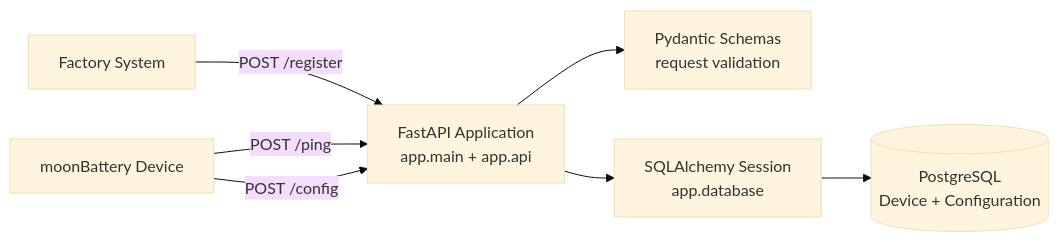
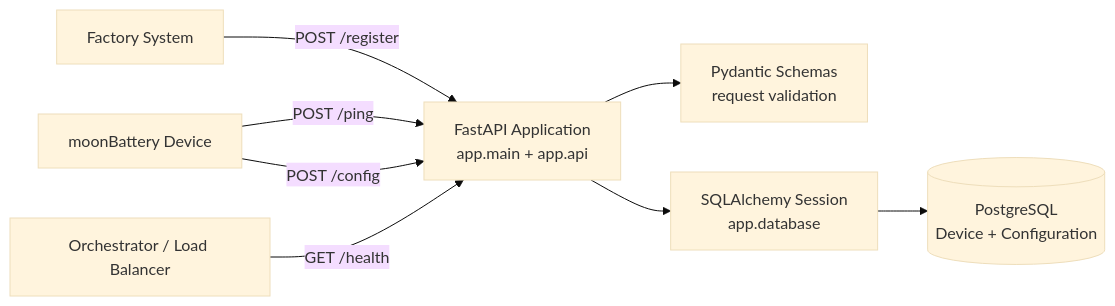
Before and after one commit to Hegazian/moonbattery-backend: the first of 5 diagrams in REQUIREMENTS_TRACEABILITY.md, drawn with Mermaid (base theme). The commit also changed other lines of this file and 5 other files, not shown here.

````diff
--- a/REQUIREMENTS_TRACEABILITY.md
+++ b/REQUIREMENTS_TRACEABILITY.md
@@ -27,16 +28,17 @@
 ```mermaid
 flowchart LR
     Device["moonBattery Device"]
     Factory["Factory System"]
     API["FastAPI Application\napp.main + app.api"]
     Validation["Pydantic Schemas\nrequest validation"]
     Session["SQLAlchemy Session\napp.database"]
     DB[("PostgreSQL\nDevice + Configuration")]
 
     Factory -->|POST /register| API
     Device -->|POST /ping| API
     Device -->|POST /config| API
+    Operator["Orchestrator / Load Balancer"] -->|GET /health| API
     API --> Validation
     API --> Session
     Session --> DB
 ```
````
